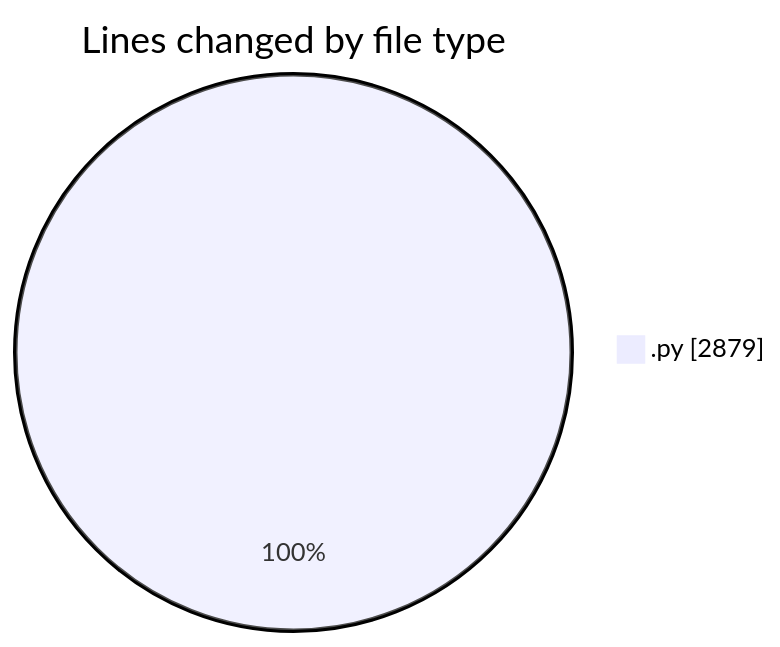
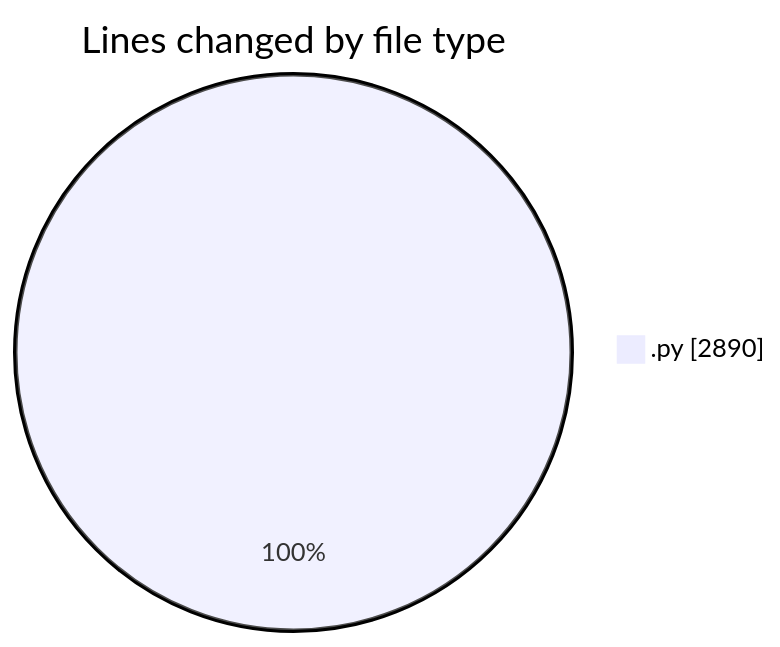
The first of 2 diagrams in 2025-11-24/eventscop-api-guide__workspace_/README.md (julien-gomy/code-tracking), drawn with Mermaid before and after one commit. The commit also changed other lines of this file and 1 other file, not shown here.

````diff
--- a/2025-11-24/eventscop-api-guide__workspace_/README.md
+++ b/2025-11-24/eventscop-api-guide__workspace_/README.md
@@ -25,5 +25,5 @@
 ```mermaid
 pie showData
 title Lines changed by file type
-".py" : 2879
+".py" : 2890
 ```
````
